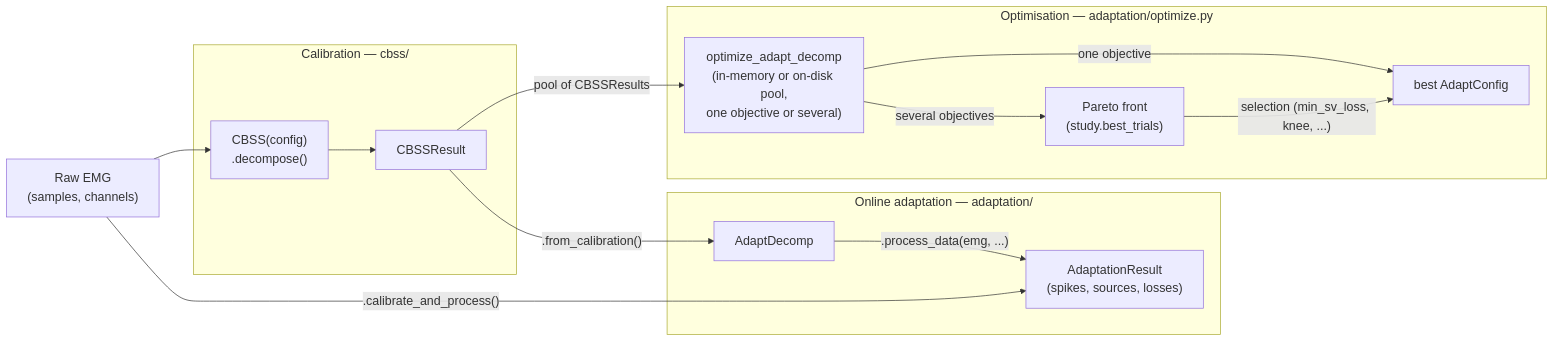
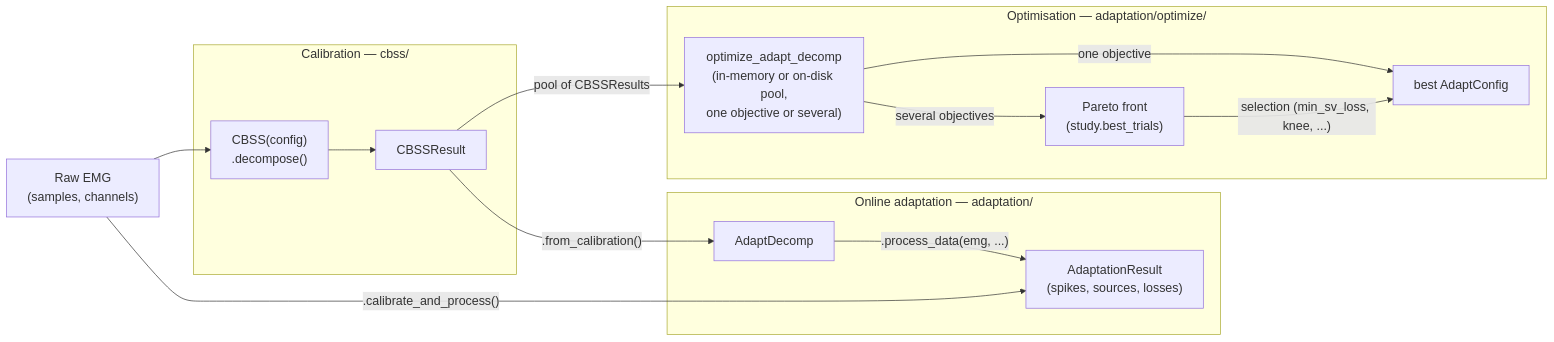
Before and after one commit to imendezguerra/adapt_decomp: the diagram in README.md, drawn with Mermaid. The commit also changed other lines of this file and 28 other files, not shown here.

````diff
--- a/README.md
+++ b/README.md
@@ -10,31 +10,31 @@
 ```mermaid
 %%{init: {'themeVariables': {'fontSize': '18px'}}}%%
 flowchart LR
     EMG["Raw EMG\n(samples, channels)"]
 
     subgraph CAL["Calibration — cbss/"]
         CBSSC["CBSS(config)\n.decompose()"]
         RES["CBSSResult"]
         CBSSC --> RES
     end
 
     subgraph ADAPT["Online adaptation — adaptation/"]
         AD["AdaptDecomp"]
         OUT["AdaptationResult\n(spikes, sources, losses)"]
         AD -->|".process_data(emg, ...)"| OUT
     end
 
-    subgraph OPT["Optimisation — adaptation/optimize.py"]
+    subgraph OPT["Optimisation — adaptation/optimize/"]
         O["optimize_adapt_decomp\n(in-memory or on-disk pool,\none objective or several)"]
         FRONT["Pareto front\n(study.best_trials)"]
         BEST["best AdaptConfig"]
         O -->|"one objective"| BEST
         O -->|"several objectives"| FRONT
         FRONT -->|"selection (min_sv_loss, knee, ...)"| BEST
     end
 
     EMG --> CBSSC
     EMG -->|".calibrate_and_process()"| OUT
     RES -->|".from_calibration()"| AD
     RES -->|"pool of CBSSResults"| O
 ```
````
